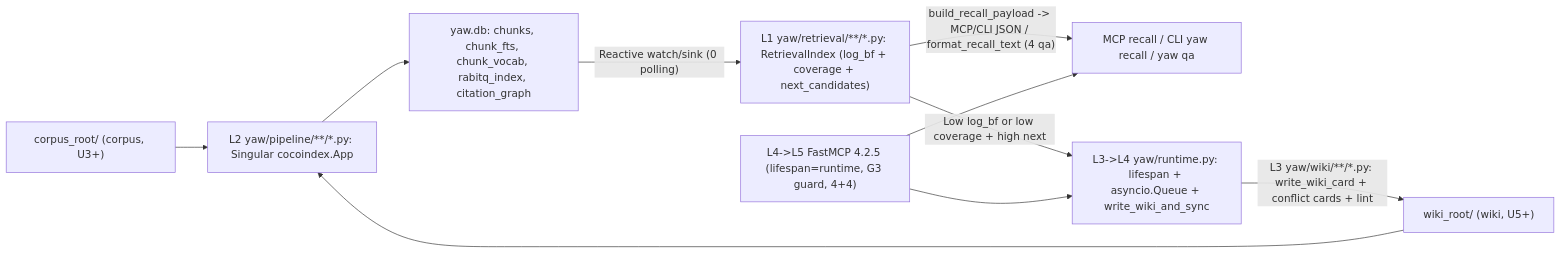
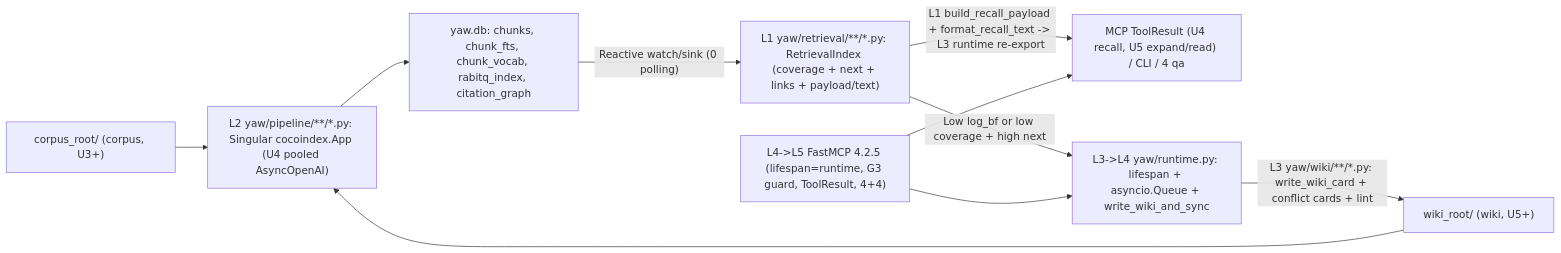
The diagram in docs/reviews/epic-3-librarian-wiki-sprint.md (negatrait/yaw), drawn with Mermaid before and after one commit. The commit also changed other lines of this file and 2 other files, not shown here.

Commit message:
docs(epic-3): incorporate pre-U4 ToolResult, links, token-gate, and dep amendments

````diff
--- a/docs/reviews/epic-3-librarian-wiki-sprint.md
+++ b/docs/reviews/epic-3-librarian-wiki-sprint.md
@@ -108,12 +108,12 @@
 ```mermaid
 flowchart LR
-  C["corpus_root/ (corpus, U3+)"] --> APP["L2 yaw/pipeline/**/*.py: Singular cocoindex.App"]
+  C["corpus_root/ (corpus, U3+)"] --> APP["L2 yaw/pipeline/**/*.py: Singular cocoindex.App (U4 pooled AsyncOpenAI)"]
   W["wiki_root/ (wiki, U5+)"] --> APP
   APP --> DB["yaw.db: chunks, chunk_fts, chunk_vocab, rabitq_index, citation_graph"]
-  DB -->|"Reactive watch/sink (0 polling)"| RI["L1 yaw/retrieval/**/*.py: RetrievalIndex (log_bf + coverage + next_candidates)"]
-  RI -->|"build_recall_payload -> MCP/CLI JSON / format_recall_text (4 qa)"| OUT["MCP recall / CLI yaw recall / yaw qa"]
+  DB -->|"Reactive watch/sink (0 polling)"| RI["L1 yaw/retrieval/**/*.py: RetrievalIndex (coverage + next + links + payload/text)"]
+  RI -->|"L1 build_recall_payload + format_recall_text -> L3 runtime re-export"| OUT["MCP ToolResult (U4 recall, U5 expand/read) / CLI / 4 qa"]
   RI -->|"Low log_bf or low coverage + high next"| Q["L3->L4 yaw/runtime.py: lifespan + asyncio.Queue + write_wiki_and_sync"]
   Q -->|"L3 yaw/wiki/**/*.py: write_wiki_card + conflict cards + lint"| W
-  MCP["L4->L5 FastMCP 4.2.5 (lifespan=runtime, G3 guard, 4+4)"] --> OUT
+  MCP["L4->L5 FastMCP 4.2.5 (lifespan=runtime, G3 guard, ToolResult, 4+4)"] --> OUT
   MCP --> Q
 ```
````
